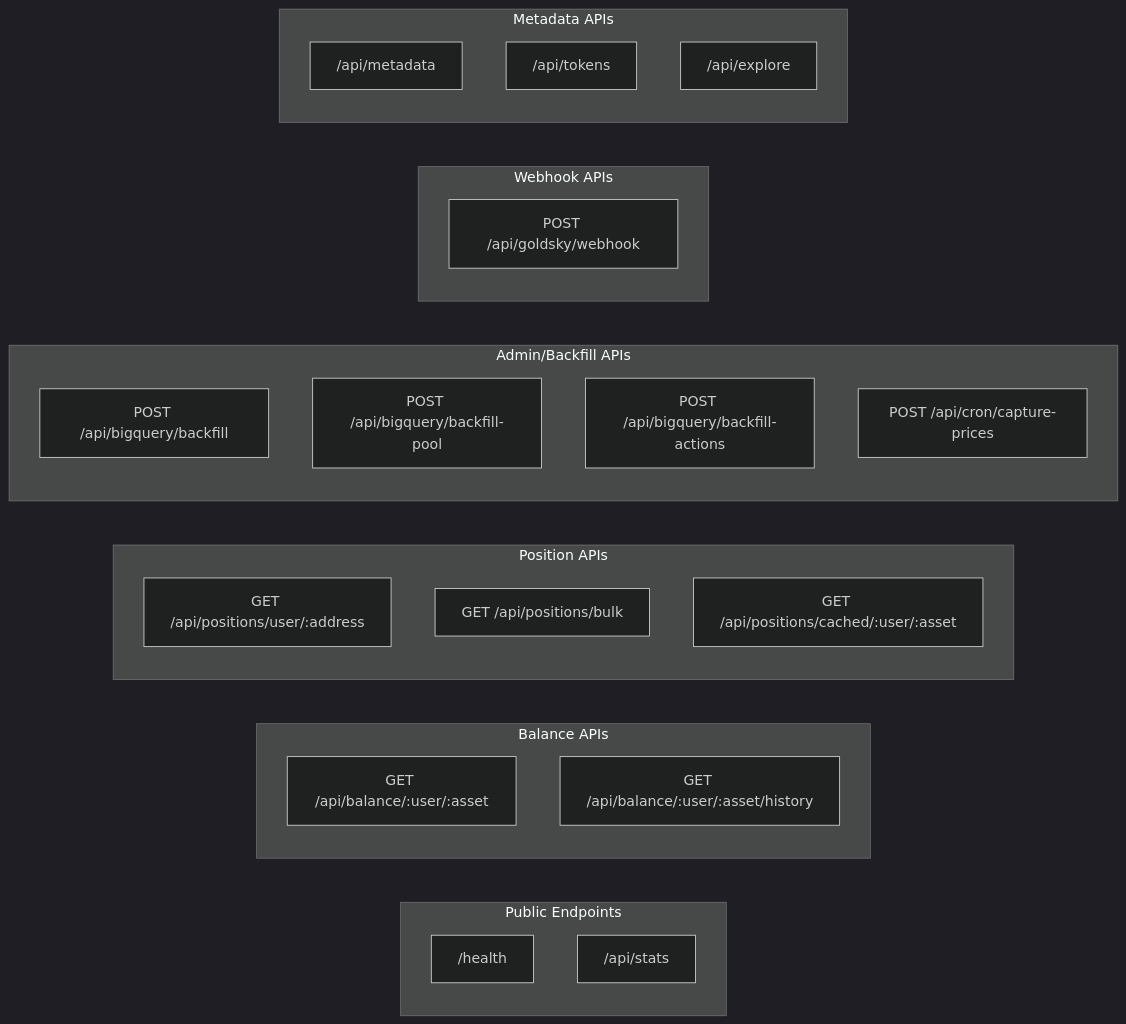
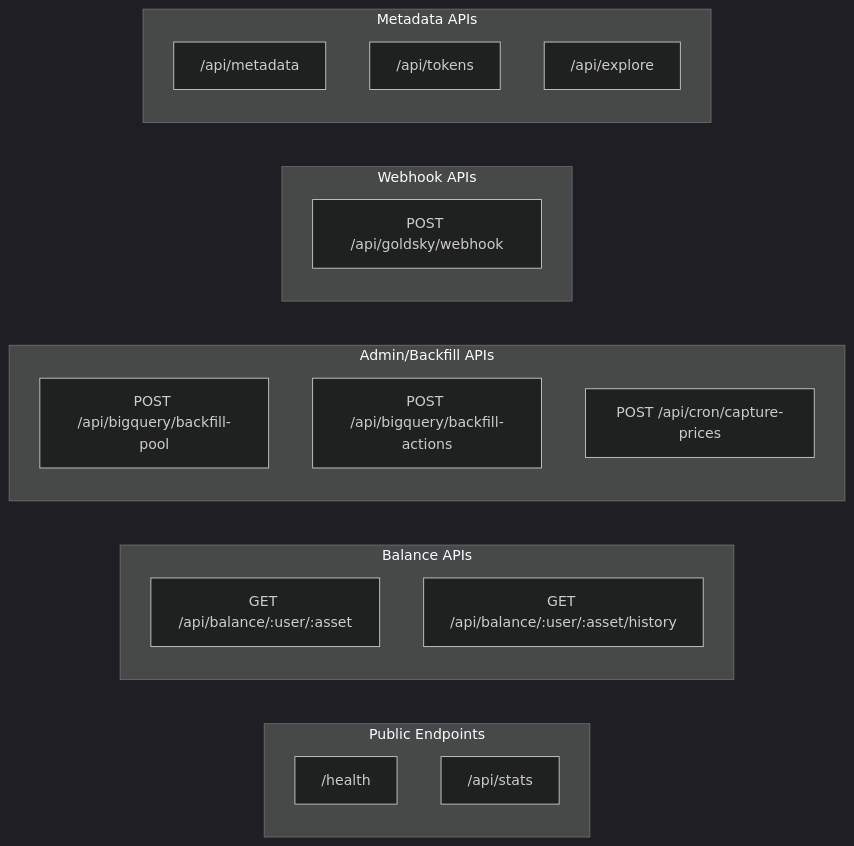
One commit to brunomlr/blend-indexer changed the fifth of 7 diagrams in README.md. Above: the diagram before and after it, drawn with Mermaid (dark theme). The commit also changed other lines of this file, not shown here.

Commit message:
refactor: remove user positions references from documentation and diagrams

````diff
--- a/README.md
+++ b/README.md
@@ -543,35 +513,28 @@
 ```mermaid
 flowchart LR
     subgraph Public["Public Endpoints"]
         H["/health"]
         S["/api/stats"]
     end
 
     subgraph Balance["Balance APIs"]
         B1["GET /api/balance/:user/:asset"]
         B2["GET /api/balance/:user/:asset/history"]
     end
 
-    subgraph Positions["Position APIs"]
-        P1["GET /api/positions/user/:address"]
-        P2["GET /api/positions/bulk"]
-        P3["GET /api/positions/cached/:user/:asset"]
-    end
-
     subgraph Admin["Admin/Backfill APIs"]
-        A1["POST /api/bigquery/backfill"]
-        A2["POST /api/bigquery/backfill-pool"]
-        A3["POST /api/bigquery/backfill-actions"]
-        A4["POST /api/cron/capture-prices"]
+        A1["POST /api/bigquery/backfill-pool"]
+        A2["POST /api/bigquery/backfill-actions"]
+        A3["POST /api/cron/capture-prices"]
     end
 
     subgraph Webhook["Webhook APIs"]
         W1["POST /api/goldsky/webhook"]
     end
 
     subgraph Meta["Metadata APIs"]
         M1["/api/metadata"]
         M2["/api/tokens"]
         M3["/api/explore"]
     end
 ```
````
